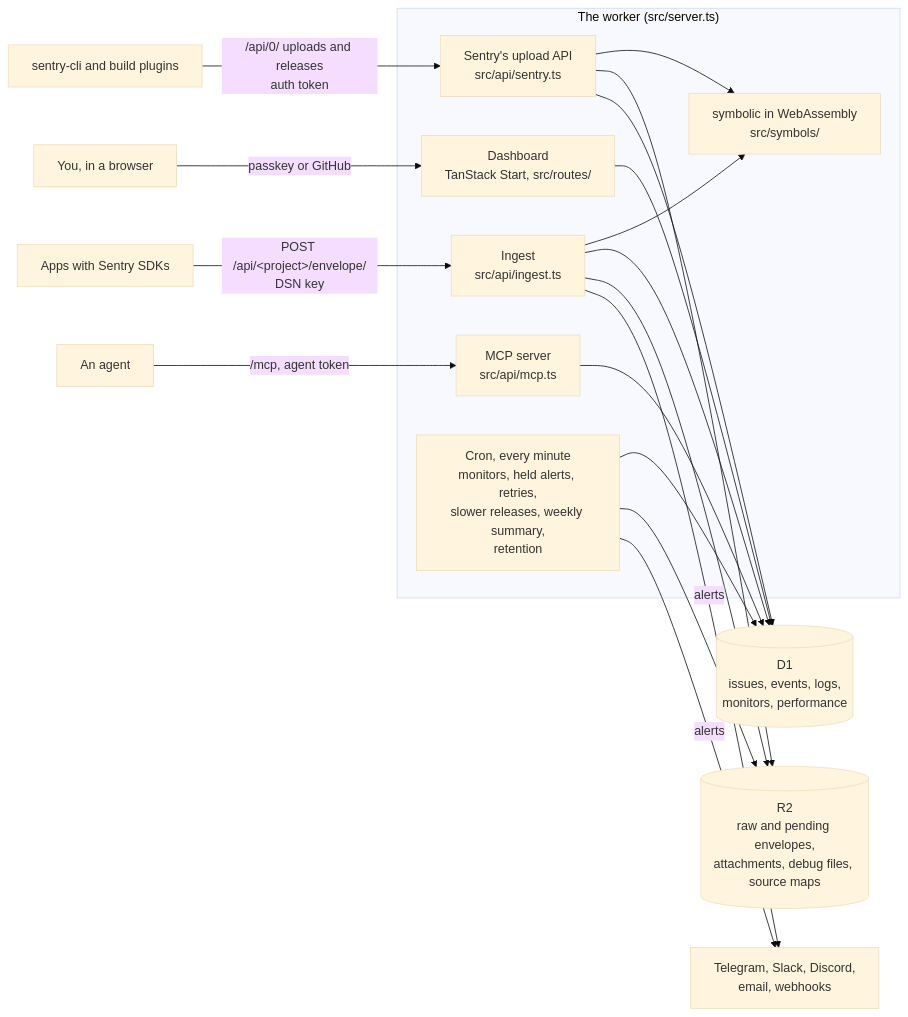
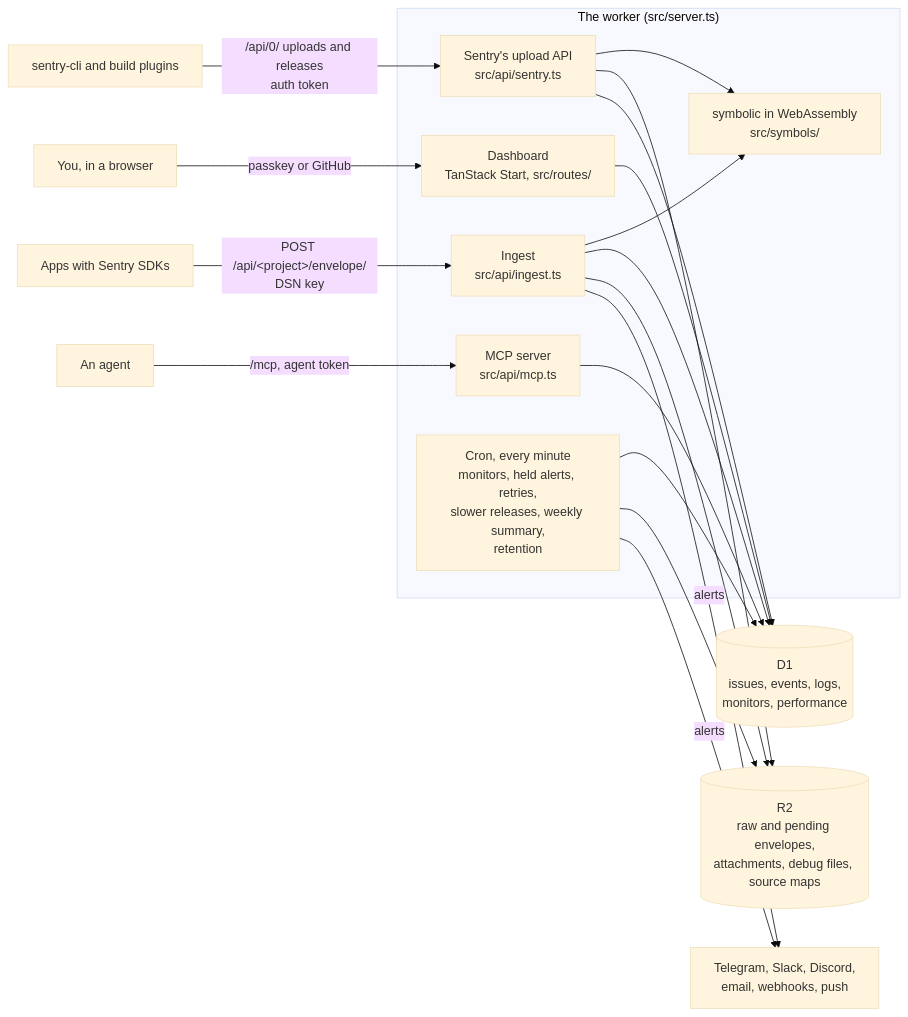
The diagram in docs/architecture.md (marctorrelles/crashyard), drawn with Mermaid (base theme) before and after one commit. The commit also changed 18 other files, not shown here.

````diff
--- a/docs/architecture.md
+++ b/docs/architecture.md
@@ -7,29 +7,29 @@
 ```mermaid
 flowchart LR
   apps["Apps with Sentry SDKs"] -- "POST /api/&lt;project&gt;/envelope/<br/>DSN key" --> ingest
   cli["sentry-cli and build plugins"] -- "/api/0/ uploads and releases<br/>auth token" --> upload
   you["You, in a browser"] -- "passkey or GitHub" --> dashboard
   agent["An agent"] -- "/mcp, agent token" --> mcp
 
   subgraph worker["The worker (src/server.ts)"]
     ingest["Ingest<br/>src/api/ingest.ts"]
     upload["Sentry's upload API<br/>src/api/sentry.ts"]
     dashboard["Dashboard<br/>TanStack Start, src/routes/"]
     mcp["MCP server<br/>src/api/mcp.ts"]
     cron["Cron, every minute<br/>monitors, held alerts, retries,<br/>slower releases, weekly summary,<br/>retention"]
     symbolic["symbolic in WebAssembly<br/>src/symbols/"]
   end
 
   ingest --> symbolic
   upload --> symbolic
   ingest --> d1[("D1<br/>issues, events, logs,<br/>monitors, performance")]
   ingest --> r2[("R2<br/>raw and pending envelopes,<br/>attachments, debug files, source maps")]
   upload --> r2
   upload --> d1
   dashboard --> d1
   mcp --> d1
   cron --> d1
   cron --> r2
-  ingest -- alerts --> notify["Telegram, Slack, Discord,<br/>email, webhooks"]
+  ingest -- alerts --> notify["Telegram, Slack, Discord,<br/>email, webhooks, push"]
   cron -- alerts --> notify
 ```
````
